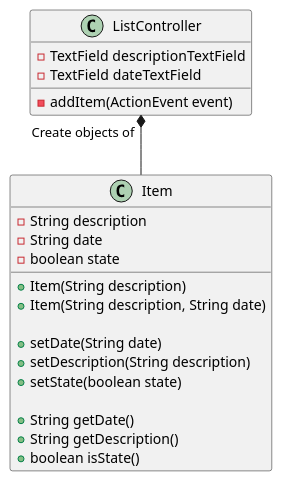
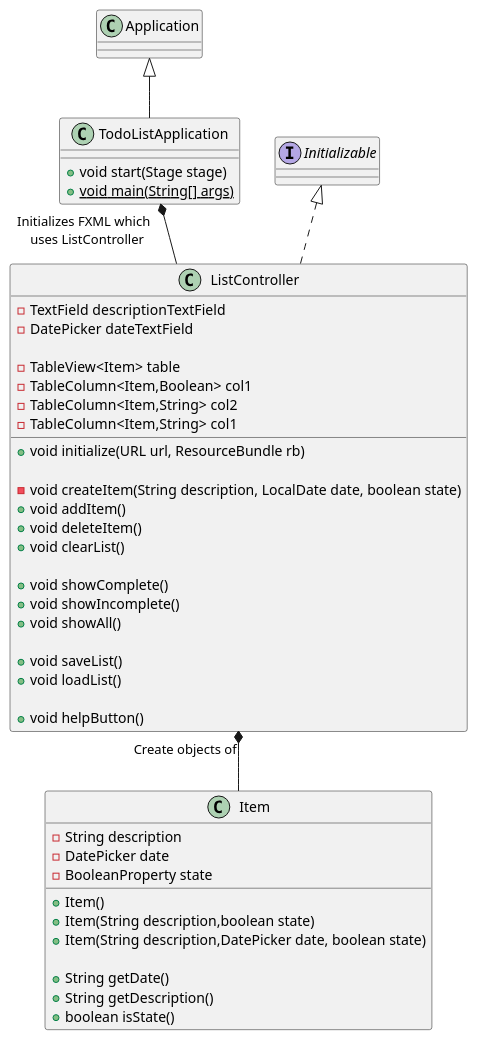
Before and after one commit to Marc23444/pozo-app1-impl: the diagram in docs/applicationDiagram.puml, drawn with PlantUML. The commit also changed 6 other files, not shown here.

```diff
--- a/docs/applicationDiagram.puml
+++ b/docs/applicationDiagram.puml
@@ -1,34 +1,64 @@
 @startuml
 'https://plantuml.com/sequence-diagram
 
 class Item
 {
     -String description
-    -String date
-    -boolean state
+    -DatePicker date
+    -BooleanProperty state
 
-    +Item(String description)
-    +Item(String description, String date)
-
-    +setDate(String date)
-    +setDescription(String description)
-    +setState(boolean state)
+    +Item()
+    +Item(String description,boolean state)
+    +Item(String description,DatePicker date, boolean state)
 
     +String getDate()
     +String getDescription()
     +boolean isState()
 
 }
 
-class ListController
+class TodoListApplication extends Application
+{
+    +void start(Stage stage)
+    +{static}void main(String[] args)
+
+}
+
+
+class ListController implements Initializable
 {
     -TextField descriptionTextField
-    -TextField dateTextField
+    -DatePicker dateTextField
 
-    -addItem(ActionEvent event)
+    -TableView<Item> table
+    -TableColumn<Item,Boolean> col1
+    -TableColumn<Item,String> col2
+    -TableColumn<Item,String> col1
+
+    +void initialize(URL url, ResourceBundle rb)
+
+    -void createItem(String description, LocalDate date, boolean state)
+    +void addItem()
+    +void deleteItem()
+    +void clearList()
+
+    +void showComplete()
+    +void showIncomplete()
+    +void showAll()
+
+    +void saveList()
+    +void loadList()
+
+    +void helpButton()
+
+
+
 }
+
+TodoListApplication "Initializes FXML which \n uses ListController"*-- ListController
 
 ListController "Create objects of"*-- Item
 
 
+
 @enduml
```
